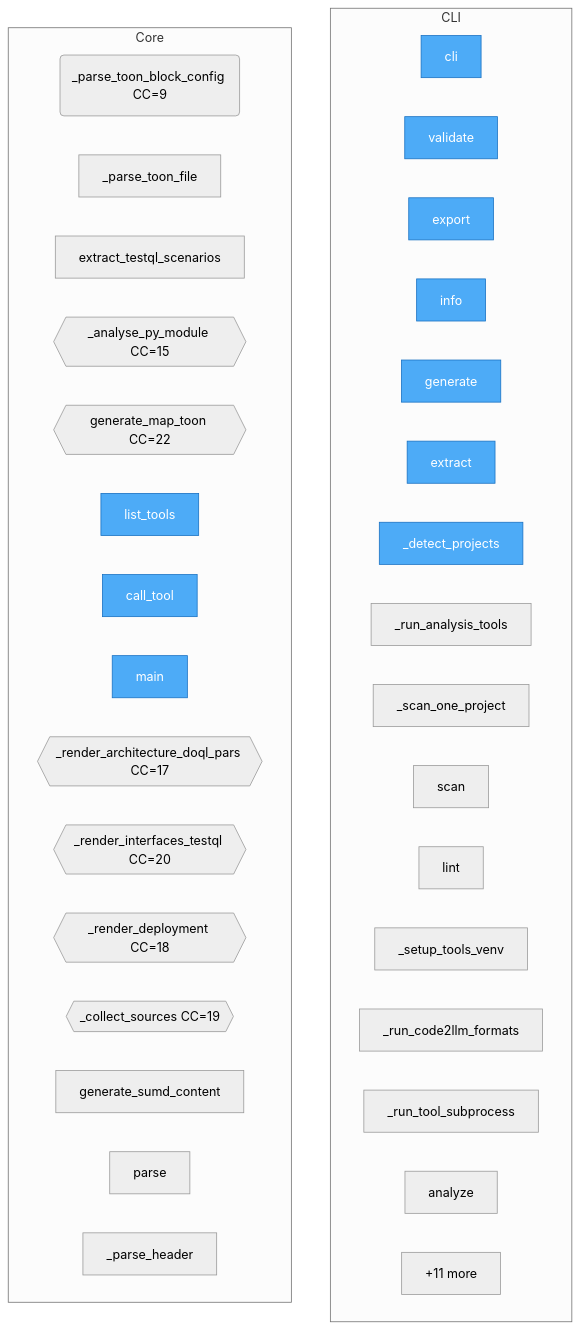
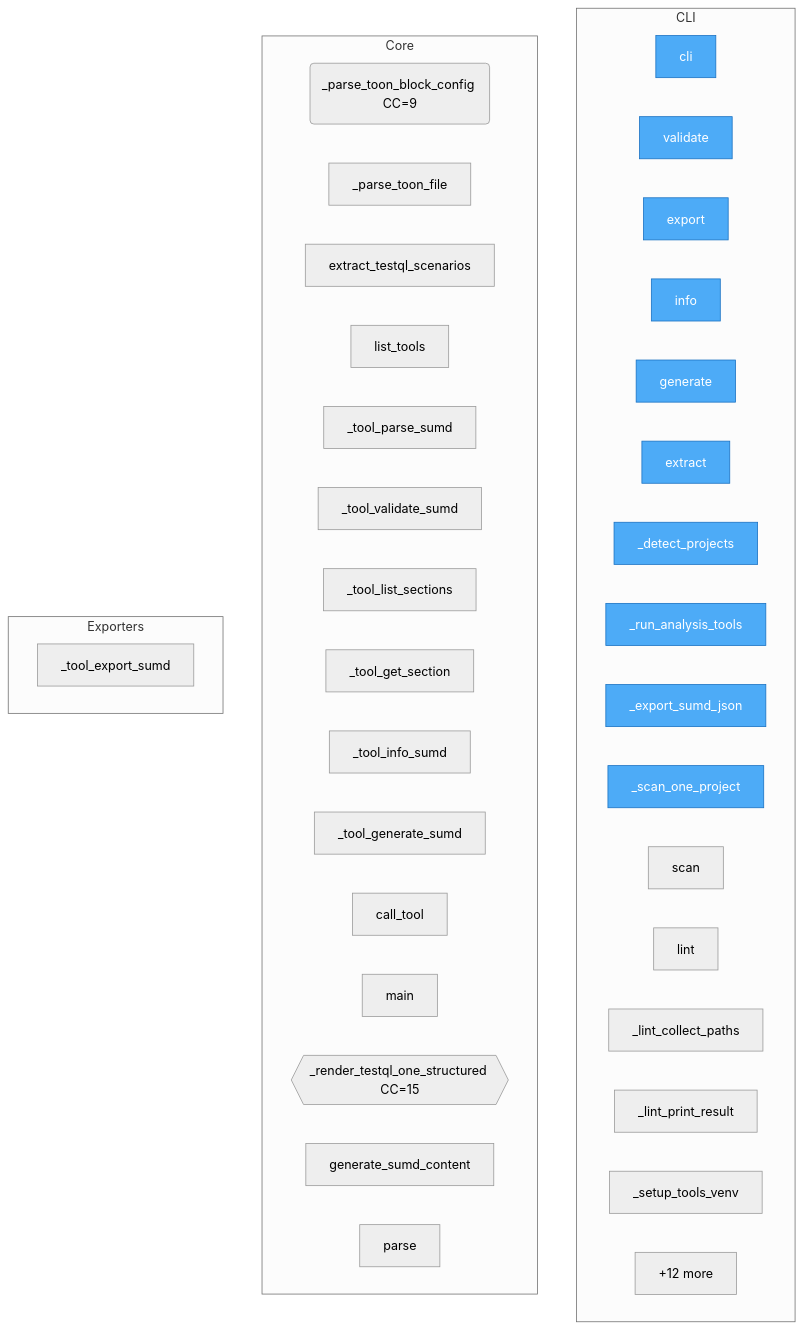
Before and after one commit to oqlos/sumd: the diagram in project/flow.mmd, drawn with Mermaid (neutral theme). The commit also changed 11 other files, not shown here.

```diff
--- a/project/flow.mmd
+++ b/project/flow.mmd
@@ -1,44 +1,48 @@
 flowchart TD
 
     %% Entry points (blue)
     classDef entry fill:#4dabf7,stroke:#1971c2,color:#fff
 
     subgraph CLI
         sumd__cli__cli["cli"]
         sumd__cli__validate["validate"]
         sumd__cli__export["export"]
         sumd__cli__info["info"]
         sumd__cli__generate["generate"]
         sumd__cli__extract["extract"]
         sumd__cli___detect_projects["_detect_projects"]
         sumd__cli___run_analysis_tools["_run_analysis_tools"]
+        sumd__cli___export_sumd_json["_export_sumd_json"]
         sumd__cli___scan_one_project["_scan_one_project"]
         sumd__cli__scan["scan"]
         sumd__cli__lint["lint"]
+        sumd__cli___lint_collect_paths["_lint_collect_paths"]
+        sumd__cli___lint_print_result["_lint_print_result"]
         sumd__cli___setup_tools_venv["_setup_tools_venv"]
-        sumd__cli___run_code2llm_formats["_run_code2llm_formats"]
-        sumd__cli___run_tool_subprocess["_run_tool_subprocess"]
-        sumd__cli__analyze["analyze"]
-        ...["+7 more"]
+        ...["+12 more"]
     end
 
     subgraph Core
         sumd__toon_parser___parse_toon_block_config("_parse_toon_block_config CC=9")
         sumd__toon_parser___parse_toon_file["_parse_toon_file"]
         sumd__toon_parser__extract_testql_scenarios["extract_testql_scenarios"]
-        sumd__extractor___analyse_py_module{{_analyse_py_module CC=15}}
-        sumd__extractor__generate_map_toon{{generate_map_toon CC=22}}
         sumd__mcp_server__list_tools["list_tools"]
+        sumd__mcp_server___tool_parse_sumd["_tool_parse_sumd"]
+        sumd__mcp_server___tool_validate_sumd["_tool_validate_sumd"]
+        sumd__mcp_server___tool_list_sections["_tool_list_sections"]
+        sumd__mcp_server___tool_get_section["_tool_get_section"]
+        sumd__mcp_server___tool_info_sumd["_tool_info_sumd"]
+        sumd__mcp_server___tool_generate_sumd["_tool_generate_sumd"]
         sumd__mcp_server__call_tool["call_tool"]
         sumd__mcp_server__main["main"]
-        sumd__renderer___render_architecture_doql_parsed{{_render_architecture_doql_pars CC=17}}
-        sumd__renderer___render_interfaces_testql{{_render_interfaces_testql CC=20}}
-        sumd__renderer___render_deployment{{_render_deployment CC=18}}
-        sumd__renderer___collect_sources{{_collect_sources CC=19}}
+        sumd__renderer___render_testql_one_structured{{_render_testql_one_structured CC=15}}
         sumd__renderer__generate_sumd_content["generate_sumd_content"]
         sumd__parser__SUMDParser__parse["parse"]
-        sumd__parser__SUMDParser___parse_header["_parse_header"]
-        ...["+11 more"]
+        ...["+12 more"]
     end
 
-    class sumd__mcp_server__list_tools,sumd__mcp_server__call_tool,sumd__mcp_server__main,sumd__cli__cli,sumd__cli__validate,sumd__cli__export,sumd__cli__info,sumd__cli__generate,sumd__cli__extract,sumd__cli___detect_projects entry
+    subgraph Exporters
+        sumd__mcp_server___tool_export_sumd["_tool_export_sumd"]
+    end
+
+    class sumd__cli__cli,sumd__cli__validate,sumd__cli__export,sumd__cli__info,sumd__cli__generate,sumd__cli__extract,sumd__cli___detect_projects,sumd__cli___run_analysis_tools,sumd__cli___export_sumd_json,sumd__cli___scan_one_project entry
```
